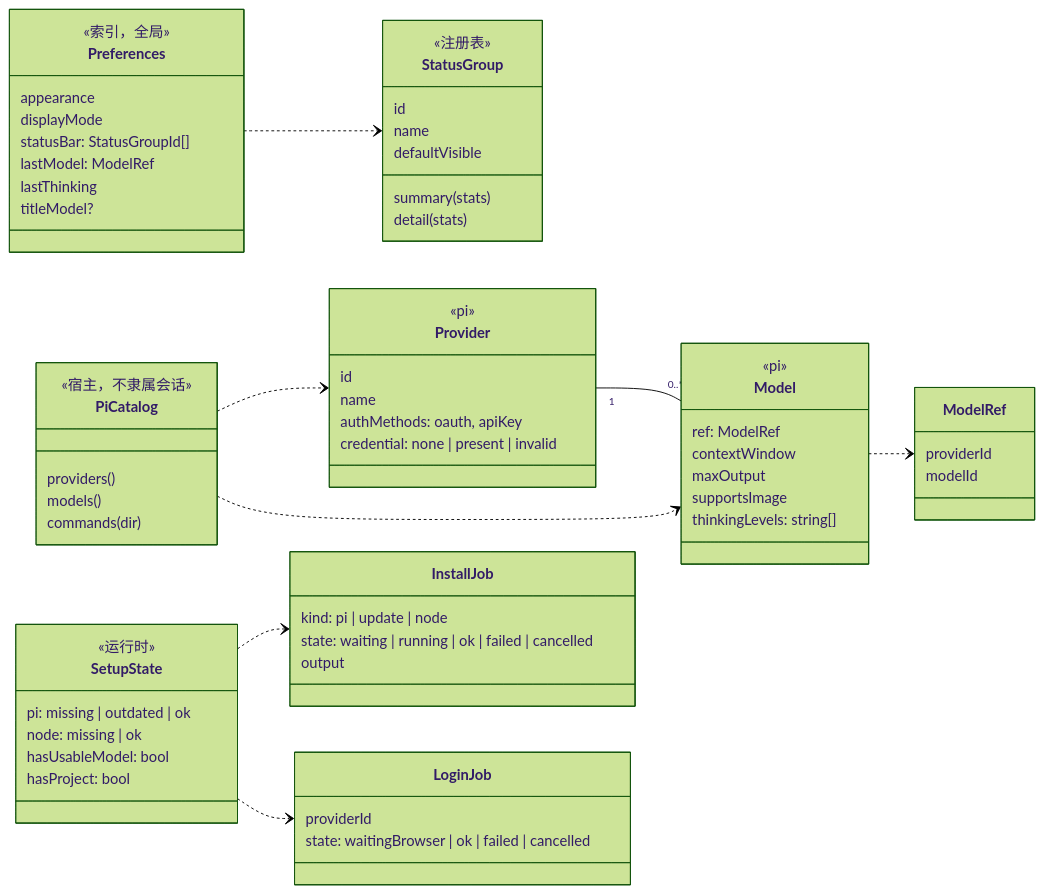
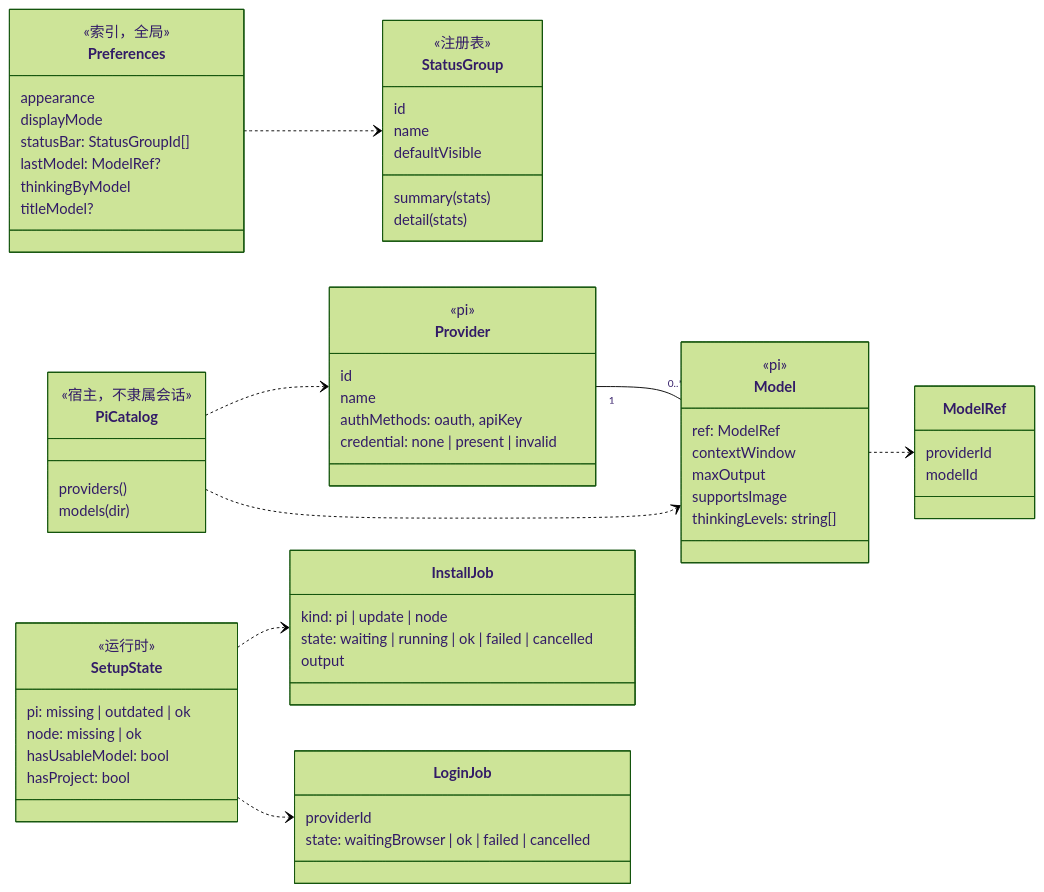
The fifth of 7 diagrams in docs/architecture/domain-model.md (Wan-Kai/atrium), drawn with Mermaid (forest theme) before and after one commit. The commit also changed other lines of this file and 4 other files, not shown here.

Commit message:
Settle how M1.7 lists models, slash commands, file references, history and drafts

````diff
--- a/docs/architecture/domain-model.md
+++ b/docs/architecture/domain-model.md
@@ -440,69 +440,68 @@
 ```mermaid
 classDiagram
     direction LR
     class ModelRef {
       providerId
       modelId
     }
     class Provider {
       <<pi>>
       id
       name
       authMethods: oauth, apiKey
       credential: none | present | invalid
     }
     class Model {
       <<pi>>
       ref: ModelRef
       contextWindow
       maxOutput
       supportsImage
       thinkingLevels: string[]
     }
     class PiCatalog {
       <<宿主，不隶属会话>>
       providers()
-      models()
-      commands(dir)
+      models(dir)
     }
     class Preferences {
       <<索引，全局>>
       appearance
       displayMode
       statusBar: StatusGroupId[]
-      lastModel: ModelRef
-      lastThinking
+      lastModel: ModelRef?
+      thinkingByModel
       titleModel?
     }
     class StatusGroup {
       <<注册表>>
       id
       name
       defaultVisible
       summary(stats)
       detail(stats)
     }
     class SetupState {
       <<运行时>>
       pi: missing | outdated | ok
       node: missing | ok
       hasUsableModel: bool
       hasProject: bool
     }
     class InstallJob {
       kind: pi | update | node
       state: waiting | running | ok | failed | cancelled
       output
     }
     class LoginJob {
       providerId
       state: waitingBrowser | ok | failed | cancelled
     }
     PiCatalog ..> Provider
     PiCatalog ..> Model
     Provider "1" -- "0..*" Model
     Model ..> ModelRef
     Preferences ..> StatusGroup
     SetupState ..> InstallJob
     SetupState ..> LoginJob
 ```
````
